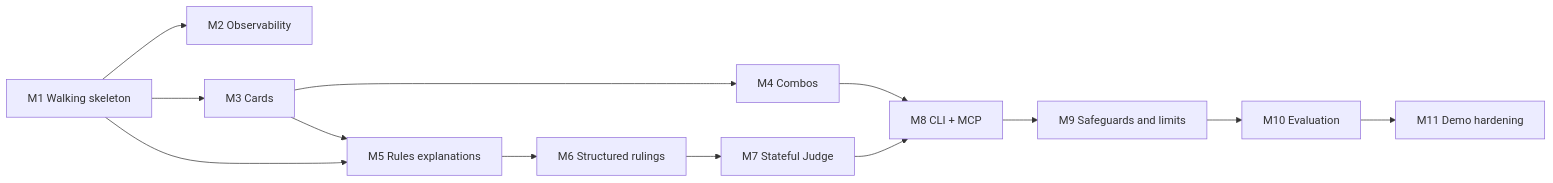
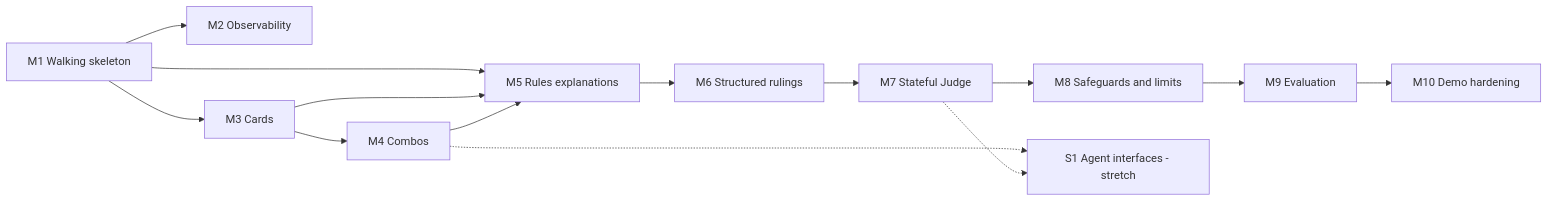
The diagram in docs/ROADMAP.md (tucktuck101/mana-leak), drawn with Mermaid before and after one commit. The commit also changed other lines of this file and 9 other files, not shown here.

Commit message:
docs: round 3 review repairs; close design review gate (CLI/MCP to stretch S1, M1–M10)

````diff
--- a/docs/ROADMAP.md
+++ b/docs/ROADMAP.md
@@ -77,27 +74,28 @@
 ```mermaid
 flowchart LR
     M1[M1 Walking skeleton]
     M2[M2 Observability]
     M3[M3 Cards]
     M4[M4 Combos]
     M5[M5 Rules explanations]
     M6[M6 Structured rulings]
     M7[M7 Stateful Judge]
-    M8[M8 CLI + MCP]
-    M9[M9 Safeguards and limits]
-    M10[M10 Evaluation]
-    M11[M11 Demo hardening]
+    M8[M8 Safeguards and limits]
+    M9[M9 Evaluation]
+    M10[M10 Demo hardening]
+    S1[S1 Agent interfaces - stretch]
 
     M1 --> M2
     M1 --> M3
     M1 --> M5
     M3 --> M4
     M3 --> M5
+    M4 --> M5
     M5 --> M6
     M6 --> M7
-    M4 --> M8
     M7 --> M8
     M8 --> M9
     M9 --> M10
-    M10 --> M11
+    M4 -.-> S1
+    M7 -.-> S1
 ```
````
